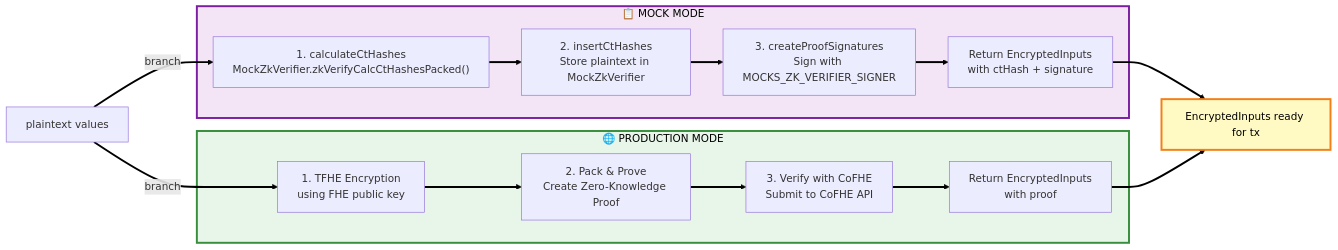
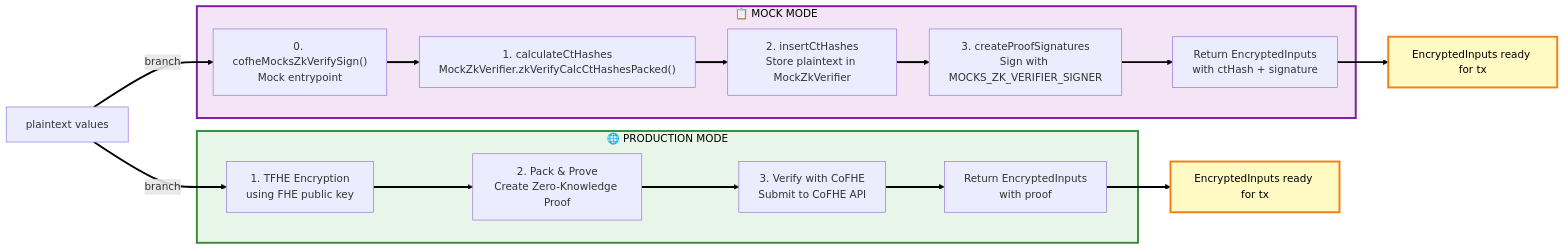
Before and after one commit to FhenixProtocol/cofhesdk: the second of 8 diagrams in ARCHITECTURE.md, drawn with Mermaid. The commit also changed other lines of this file, not shown here.

````diff
--- a/ARCHITECTURE.md
+++ b/ARCHITECTURE.md
@@ -59,50 +59,55 @@
 ```mermaid
 graph LR
     Start["plaintext values"]
 
     subgraph Mock["📋 MOCK MODE"]
+        M0["0. cofheMocksZkVerifySign()<br/>Mock entrypoint"]
         M1["1. calculateCtHashes<br/>MockZkVerifier.zkVerifyCalcCtHashesPacked()"]
         M2["2. insertCtHashes<br/>Store plaintext in MockZkVerifier"]
         M3["3. createProofSignatures<br/>Sign with MOCKS_ZK_VERIFIER_SIGNER"]
         M4["Return EncryptedInputs<br/>with ctHash + signature"]
     end
 
     subgraph Prod["🌐 PRODUCTION MODE"]
         P1["1. TFHE Encryption<br/>using FHE public key"]
         P2["2. Pack & Prove<br/>Create Zero-Knowledge Proof"]
         P3["3. Verify with CoFHE<br/>Submit to CoFHE API"]
         P4["Return EncryptedInputs<br/>with proof"]
     end
 
-    Start -->|branch| M1
+    Start -->|branch| M0
     Start -->|branch| P1
 
+    M0 --> M1
     M1 --> M2
     M2 --> M3
     M3 --> M4
 
     P1 --> P2
     P2 --> P3
     P3 --> P4
 
-    M4 --> End["EncryptedInputs ready for tx"]
-    P4 --> End
+    M4 --> EndMock["EncryptedInputs ready for tx"]
+    P4 --> EndProd["EncryptedInputs ready for tx"]
 
     linkStyle default stroke:#000,stroke-width:3px
 
     %% Clickable nodes (GitHub-friendly links + line anchors)
     click Start "https://github.com/FhenixProtocol/cofhesdk/blob/decrypt-with-proof-refinements/packages/sdk/core/client.ts#L124-L150" "SDK entrypoint (encryptInputs)"
+    click M0 "https://github.com/FhenixProtocol/cofhesdk/blob/decrypt-with-proof-refinements/packages/sdk/core/encrypt/cofheMocksZkVerifySign.ts#L252-L283" "Mock entrypoint: cofheMocksZkVerifySign"
     click M1 "https://github.com/FhenixProtocol/cofhesdk/blob/decrypt-with-proof-refinements/packages/mock-contracts/contracts/MockZkVerifier.sol#L72" "MockZkVerifier hashing (zkVerifyCalcCtHashesPacked)"
     click M2 "https://github.com/FhenixProtocol/cofhesdk/blob/decrypt-with-proof-refinements/packages/sdk/core/encrypt/cofheMocksZkVerifySign.ts#L153" "Mock flow: insert ctHashes"
     click M3 "https://github.com/FhenixProtocol/cofhesdk/blob/decrypt-with-proof-refinements/packages/sdk/core/encrypt/cofheMocksZkVerifySign.ts#L184" "Mock flow: createProofSignatures"
     click M4 "https://github.com/FhenixProtocol/cofhesdk/blob/decrypt-with-proof-refinements/packages/sdk/core/encrypt/encryptInputsBuilder.ts#L407-L451" "Mock execute(): returns EncryptedInputs"
     click P1 "https://github.com/FhenixProtocol/cofhesdk/blob/decrypt-with-proof-refinements/packages/sdk/core/encrypt/encryptInputsBuilder.ts#L453" "Production execute(): init + fetch keys"
     click P2 "https://github.com/FhenixProtocol/cofhesdk/blob/decrypt-with-proof-refinements/packages/sdk/core/encrypt/zkPackProveVerify.ts#L105-L252" "zkPack + zkProve"
     click P3 "https://github.com/FhenixProtocol/cofhesdk/blob/decrypt-with-proof-refinements/packages/sdk/core/encrypt/zkPackProveVerify.ts#L268-L336" "zkVerify (calls verifierUrl /verify)"
     click P4 "https://github.com/FhenixProtocol/cofhesdk/blob/decrypt-with-proof-refinements/packages/sdk/core/encrypt/encryptInputsBuilder.ts#L518-L540" "Production execute(): package EncryptedInputs"
-    click End "https://github.com/FhenixProtocol/cofhesdk/blob/decrypt-with-proof-refinements/packages/sdk/core/client.ts#L124-L150" "EncryptedInputs returned to app"
+    click EndMock "https://github.com/FhenixProtocol/cofhesdk/blob/decrypt-with-proof-refinements/packages/sdk/core/encrypt/encryptInputsBuilder.ts#L439" "Mock: EncryptedInputs ready for tx"
+    click EndProd "https://github.com/FhenixProtocol/cofhesdk/blob/decrypt-with-proof-refinements/packages/sdk/core/encrypt/encryptInputsBuilder.ts#L531" "Prod: EncryptedInputs ready for tx"
 
     style Mock fill:#f3e5f5,stroke:#7b1fa2,stroke-width:3px,color:#000
     style Prod fill:#e8f5e9,stroke:#388e3c,stroke-width:3px,color:#000
-    style End fill:#fff9c4,stroke:#f57f17,stroke-width:3px,color:#000
+    style EndMock fill:#fff9c4,stroke:#f57f17,stroke-width:3px,color:#000
+    style EndProd fill:#fff9c4,stroke:#f57f17,stroke-width:3px,color:#000
 ```
````
